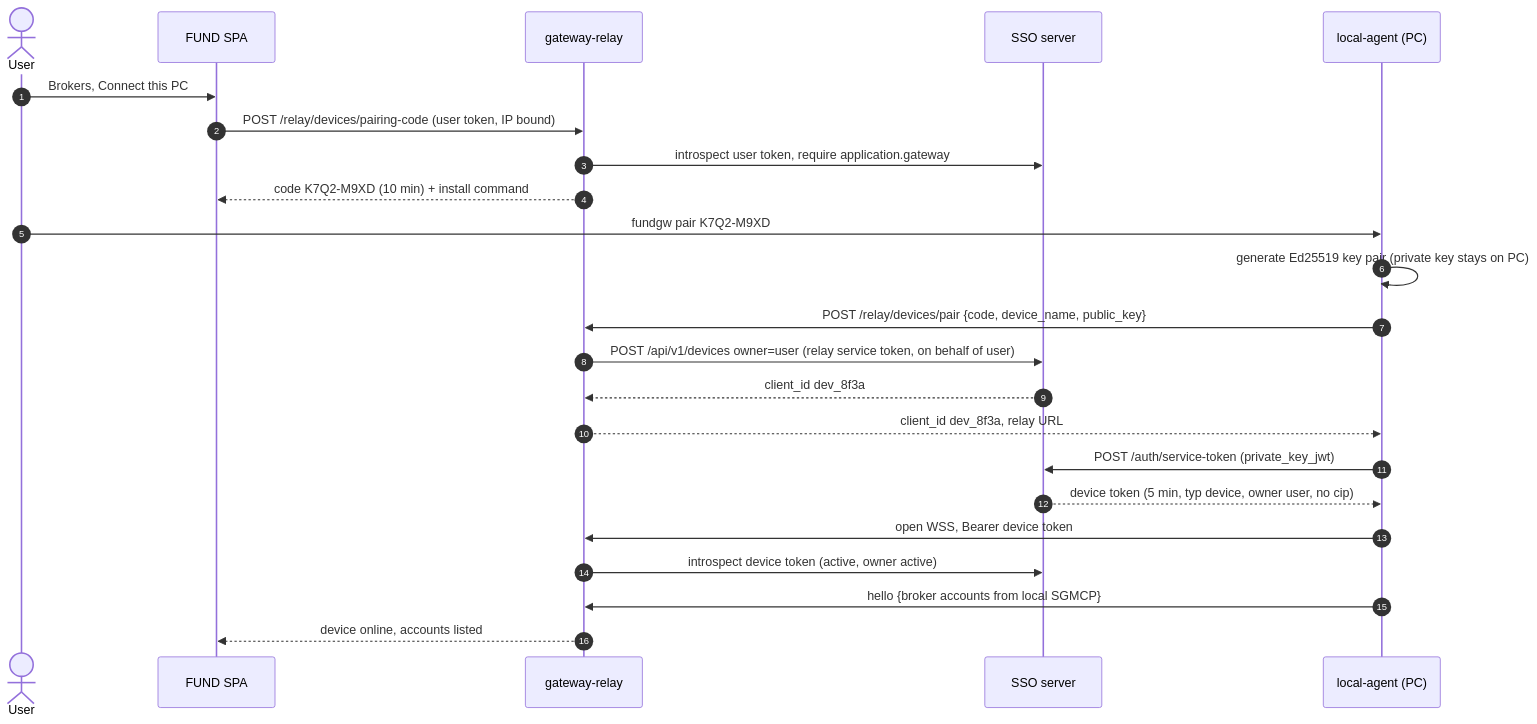
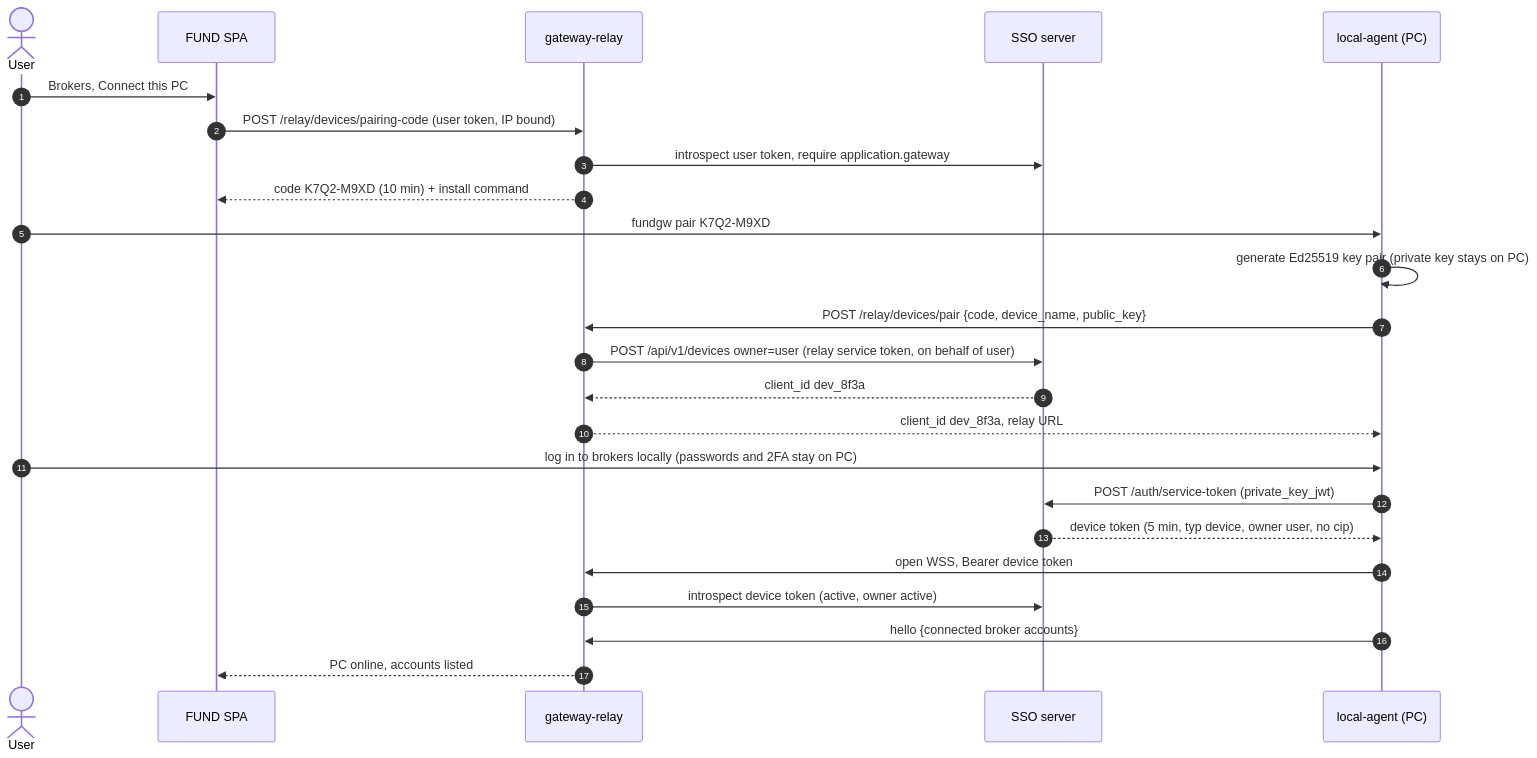
The seventh of 16 diagrams in docs/ECOSYSTEM-INTEGRATION.md (Neural-Matrix-LLC/SSO-server), drawn with Mermaid before and after one commit. The commit also changed other lines of this file and 3 other files, not shown here.

````diff
--- a/docs/ECOSYSTEM-INTEGRATION.md
+++ b/docs/ECOSYSTEM-INTEGRATION.md
@@ -392,25 +398,26 @@
 ```mermaid
 sequenceDiagram
   autonumber
   actor U as User
   participant SPA as FUND SPA
   participant RL as gateway-relay
   participant SSO as SSO server
   participant LA as local-agent (PC)
   U->>SPA: Brokers, Connect this PC
   SPA->>RL: POST /relay/devices/pairing-code (user token, IP bound)
   RL->>SSO: introspect user token, require application.gateway
   RL-->>SPA: code K7Q2-M9XD (10 min) + install command
   U->>LA: fundgw pair K7Q2-M9XD
   LA->>LA: generate Ed25519 key pair (private key stays on PC)
   LA->>RL: POST /relay/devices/pair {code, device_name, public_key}
   RL->>SSO: POST /api/v1/devices owner=user (relay service token, on behalf of user)
   SSO-->>RL: client_id dev_8f3a
   RL-->>LA: client_id dev_8f3a, relay URL
+  U->>LA: log in to brokers locally (passwords and 2FA stay on PC)
   LA->>SSO: POST /auth/service-token (private_key_jwt)
   SSO-->>LA: device token (5 min, typ device, owner user, no cip)
   LA->>RL: open WSS, Bearer device token
   RL->>SSO: introspect device token (active, owner active)
-  LA->>RL: hello {broker accounts from local SGMCP}
-  RL-->>SPA: device online, accounts listed
+  LA->>RL: hello {connected broker accounts}
+  RL-->>SPA: PC online, accounts listed
 ```
````
